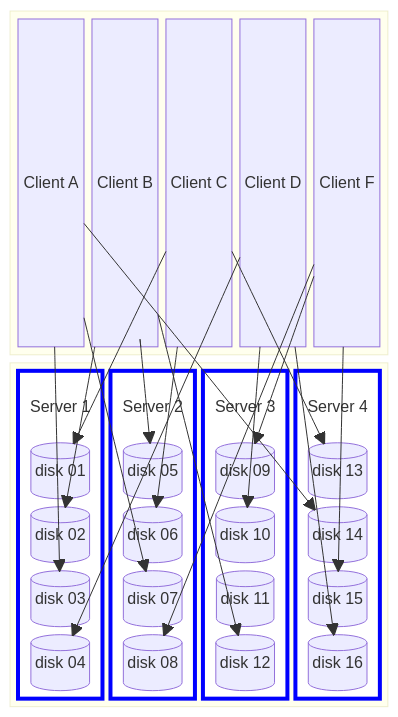
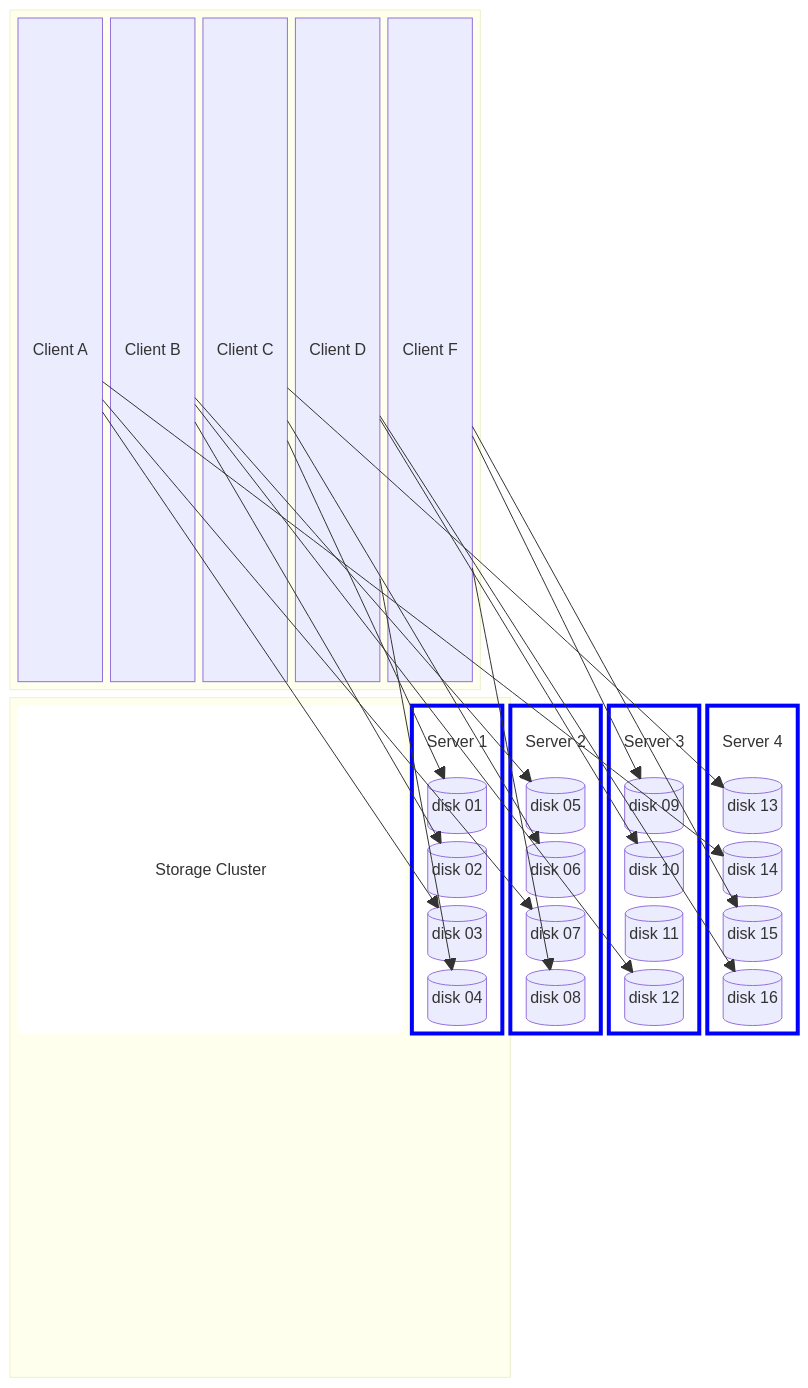
One commit to jan379/quobyte-presales changed the diagram in slidegenerator/mermaid/cluster_diagram.md. Above: the diagram before and after it, drawn with Mermaid.

Commit message:
all clients

````diff
--- a/slidegenerator/mermaid/cluster_diagram.md
+++ b/slidegenerator/mermaid/cluster_diagram.md
@@ -3,69 +3,70 @@
 ```mermaid
 block
 columns 1
   block:Compute
   columns 10
     C1["Client A"]
     C2["Client B"]
     C3["Client C"]
     C4["Client D"]
     C5["Client E"]
     C5["Client F"]
   end
   block:Storage
+    label("Storage Cluster"):4
     block:S1
     columns 1
       label1["Server 1"]:1
       disk1[("disk 01")]
       disk2[("disk 02")]
       disk3[("disk 03")]
       disk4[("disk 04")]
     end
     block:S2(" ")
     columns 1
       label2["Server 2"]:1
       disk5[("disk 05")]
       disk6[("disk 06")]
       disk7[("disk 07")]
       disk8[("disk 08")]
     end
     block:S3(" ")
     columns 1
       label3["Server 3"]:1
       disk9[("disk 09")]
       disk10[("disk 10")]
       disk11[("disk 11")]
       disk12[("disk 12")]
     end
     block:S4(" ")
     columns 1
       label4["Server 4"]:1
       disk13[("disk 13")]
       disk14[("disk 14")]
       disk15[("disk 15")]
       disk16[("disk 16")]
     end
   end
   C1 --> disk3
   C1 --> disk7
   C1 --> disk14
   C2 --> disk2
   C2 --> disk5
   C2 --> disk12
   C3 --> disk1
   C3 --> disk6 
   C3 --> disk13
   C4 --> disk4
   C4 --> disk10
   C4 --> disk16
   C5 --> disk8
   C5 --> disk9
   C5 --> disk15
 classDef server fill:white,stroke:blue,stroke-width:4px;
 classDef client fill:#966,stroke:#333;
 classDef label fill:white,stroke:white;
 
 class S1,S2,S3,S4 server
-class label1,label2,label3,label4 label
+class label,label1,label2,label3,label4 label
 
 ```
````
